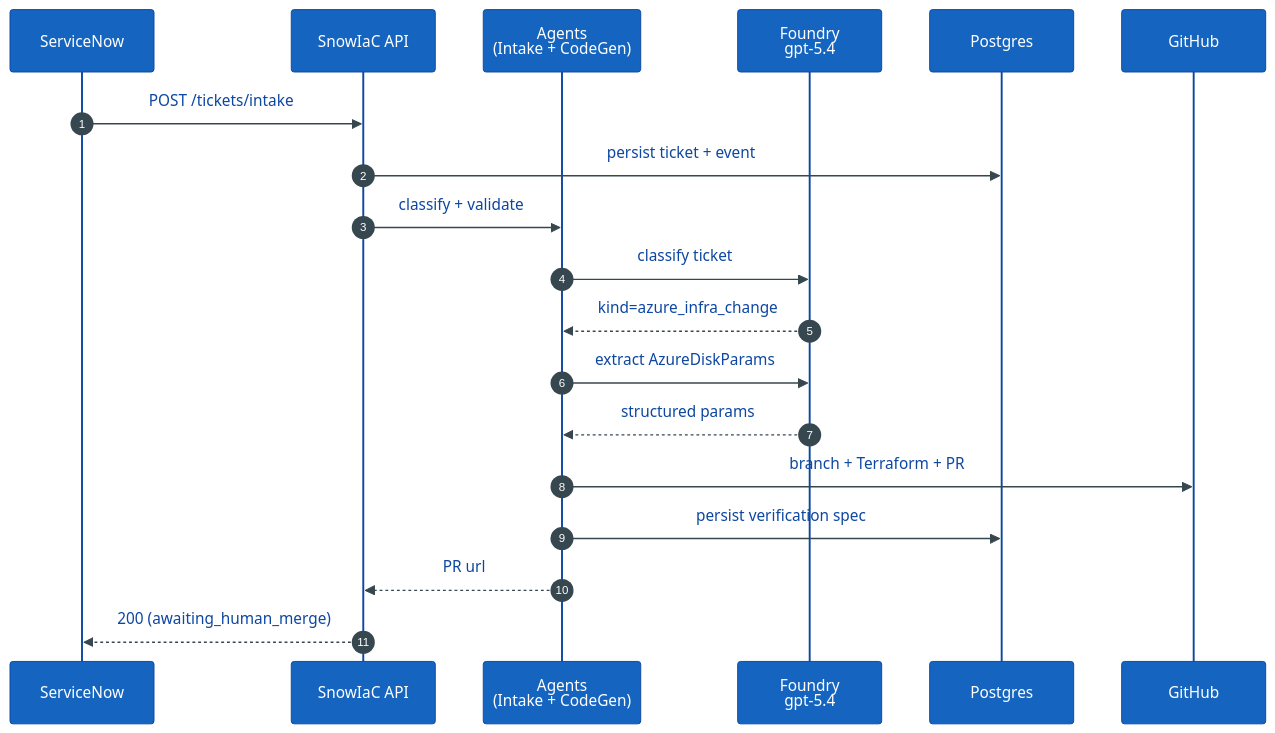
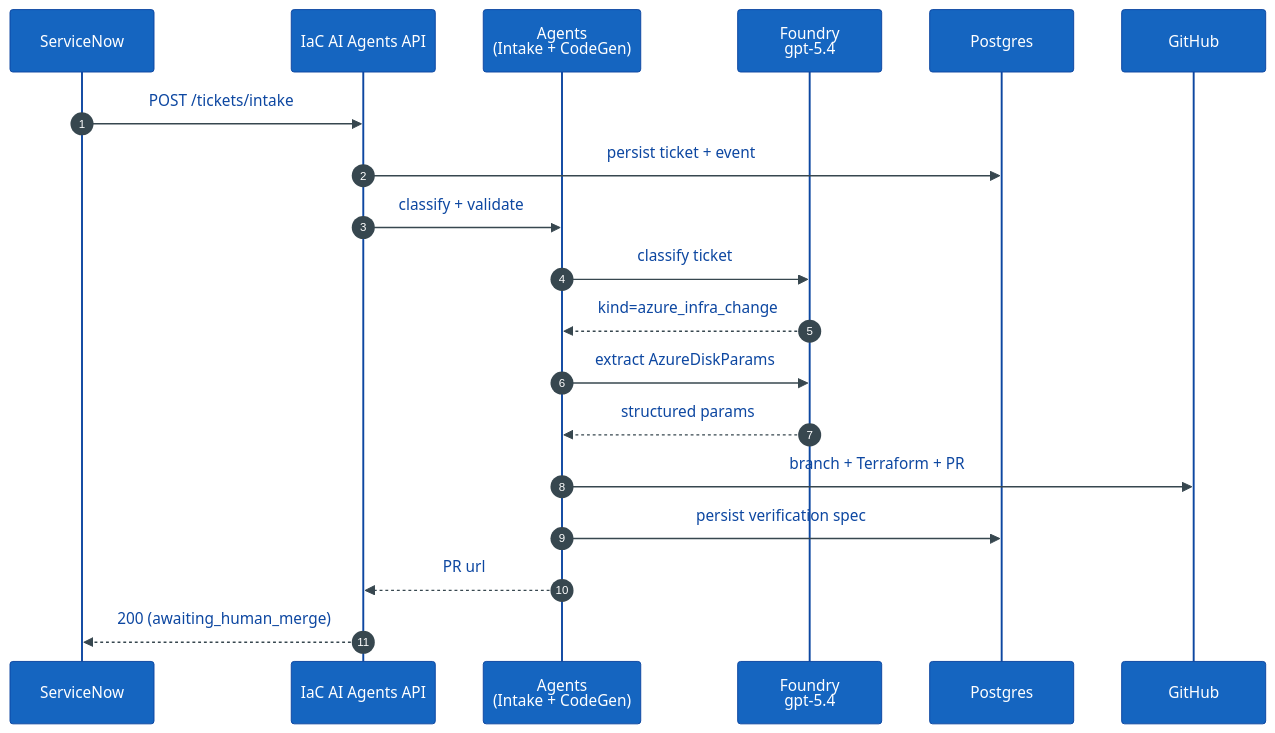
One commit to lindazhang2000/snowiac changed the second of 3 diagrams in README.md. Above: the diagram before and after it, drawn with Mermaid. The commit also changed other lines of this file, not shown here.

Commit message:
docs: rebrand product name SnowIaC -> IaC AI Agents (prose/diagrams; resource identifiers unchanged) (#16)

````diff
--- a/README.md
+++ b/README.md
@@ -266,23 +266,23 @@
 ```mermaid
 %%{init: {'theme':'base', 'themeVariables': {'fontSize':'22px','fontFamily':'Segoe UI, Arial, sans-serif','actorFontSize':'20px','noteFontSize':'18px','messageFontSize':'18px','actorMargin':'80','width':'180','primaryColor':'#1565C0','primaryTextColor':'#FFFFFF','primaryBorderColor':'#0D47A1','actorBkg':'#1565C0','actorTextColor':'#FFFFFF','actorBorder':'#0D47A1','signalColor':'#37474F','signalTextColor':'#0D47A1','labelTextColor':'#0D47A1','noteBkgColor':'#FFF8E1','noteTextColor':'#5D4037','noteBorderColor':'#FBC02D','sequenceNumberColor':'#FFFFFF','activationBkgColor':'#90CAF9','activationBorderColor':'#1565C0','lineColor':'#90A4AE'}}}%%
 sequenceDiagram
     autonumber
     participant SNOW as ServiceNow
-    participant API as SnowIaC API
+    participant API as IaC AI Agents API
     participant AG as Agents<br/>(Intake + CodeGen)
     participant LLM as Foundry<br/>gpt-5.4
     participant DB as Postgres
     participant GH as GitHub
 
     SNOW->>API: POST /tickets/intake
     API->>DB: persist ticket + event
     API->>AG: classify + validate
     AG->>LLM: classify ticket
     LLM-->>AG: kind=azure_infra_change
     AG->>LLM: extract AzureDiskParams
     LLM-->>AG: structured params
     AG->>GH: branch + Terraform + PR
     AG->>DB: persist verification spec
     AG-->>API: PR url
     API-->>SNOW: 200 (awaiting_human_merge)
 ```
````
